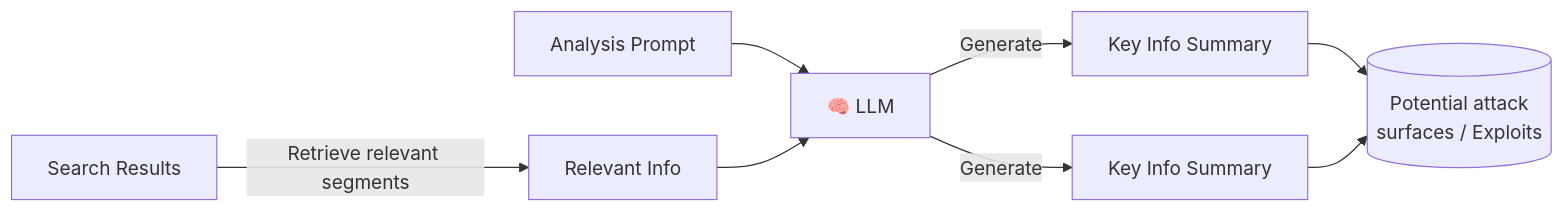
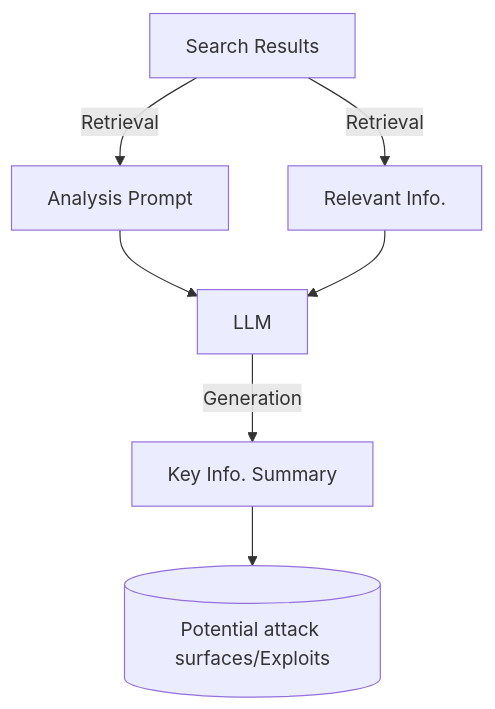
One commit to nishan-paul-2022/cmatrix-agentic-red-team changed the fourth of 6 diagrams in docs/paper-research/md-downloaded-paper-curated/13-pentestagent-incorporating-llm-agents-to-automated.md. Above: the diagram before and after it, drawn with Mermaid. The commit also changed other lines of this file and 52 other files, not shown here.

````diff
--- a/docs/paper-research/md-downloaded-paper-curated/13-pentestagent-incorporating-llm-agents-to-automated.md
+++ b/docs/paper-research/md-downloaded-paper-curated/13-pentestagent-incorporating-llm-agents-to-automated.md
@@ -405,10 +309,10 @@
 ```mermaid
-flowchart LR
-    SR[Search Results] -->|Retrieve relevant segments| RF[Relevant Info]
-    AP[Analysis Prompt] --> LLM[🧠 LLM]
-    RF --> LLM
-    LLM -->|Generate| KS1[Key Info Summary]
-    LLM -->|Generate| KS2[Key Info Summary]
-    KS1 --> OUT[(Potential attack\nsurfaces / Exploits)]
-    KS2 --> OUT
+
+graph TD
+    AnalysisPrompt[Analysis Prompt] --> LLM
+    RelevantInfo[Relevant Info.] --> LLM
+    SearchResults[Search Results] -- Retrieval --> RelevantInfo
+    SearchResults -- Retrieval --> AnalysisPrompt
+    LLM -- Generation --> KeyInfoSummary[Key Info. Summary]
+    KeyInfoSummary --> DB[(Potential attack surfaces/Exploits)]
 ```
````
